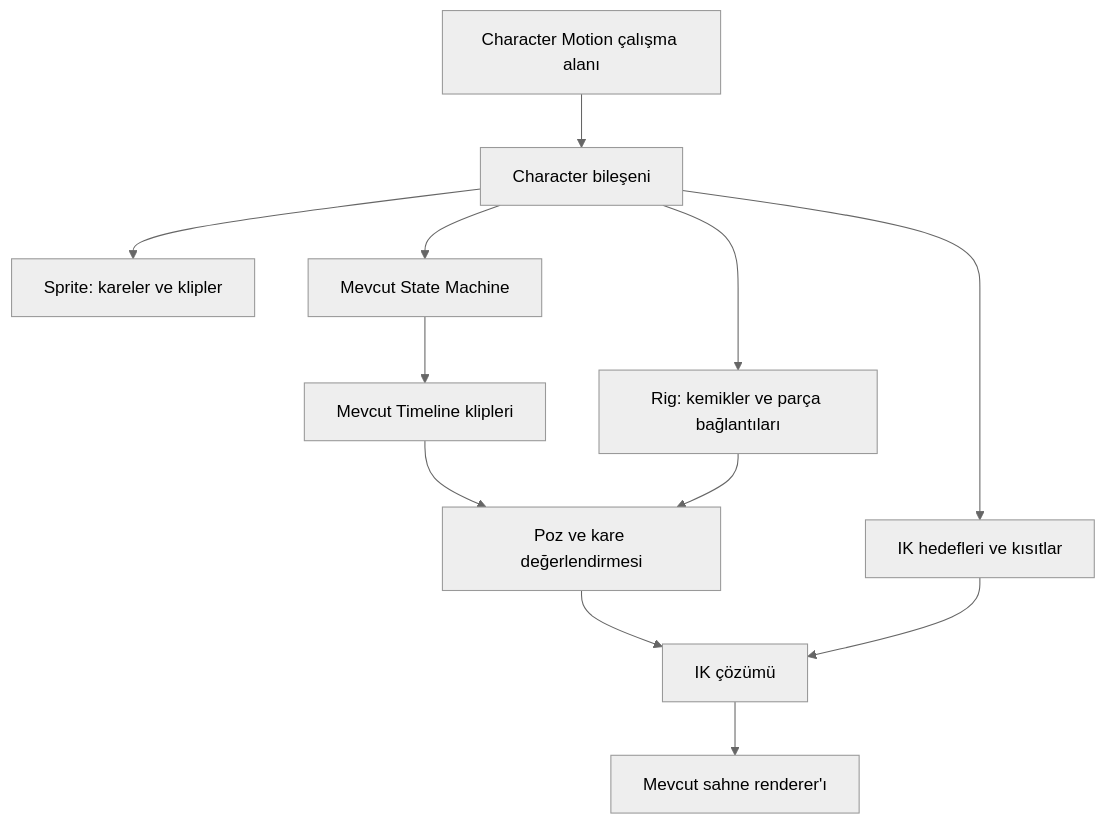
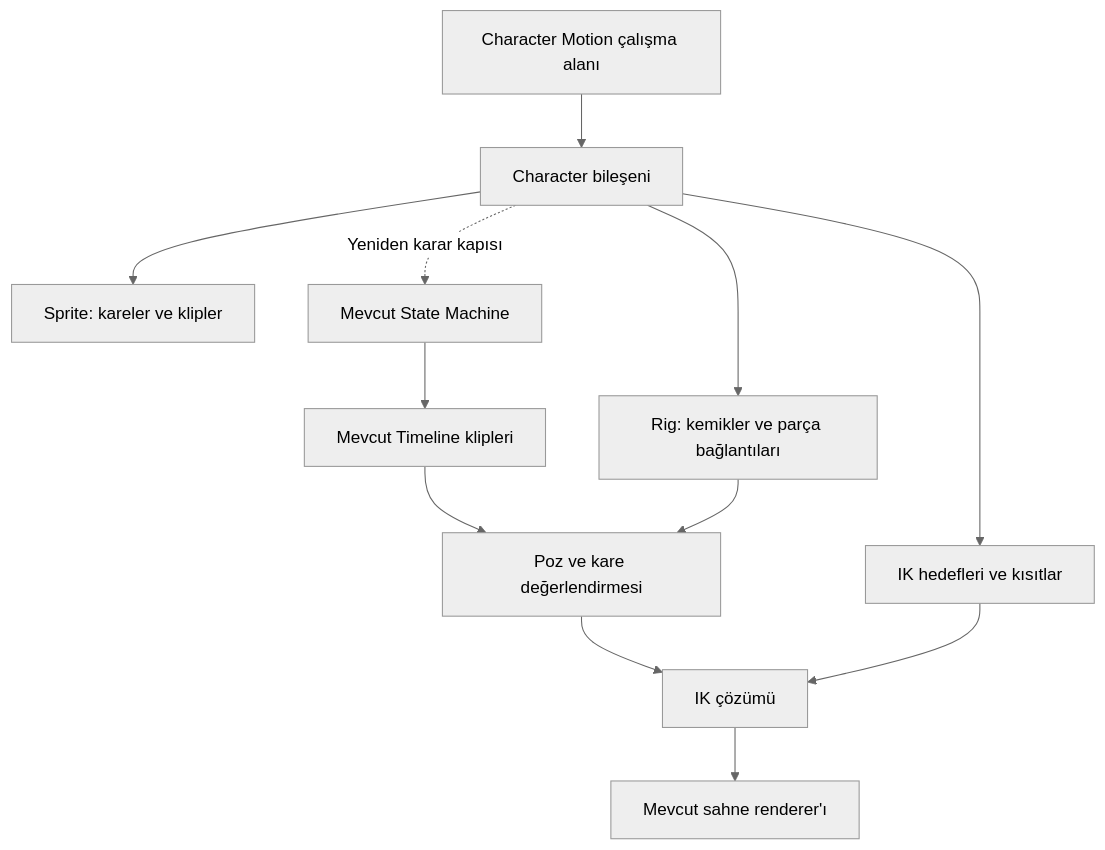
One commit to codie1982/chorono-editor changed the diagram in docs/tr/character-motion-plan.md. Above: the diagram before and after it, drawn with Mermaid (neutral theme). The commit also changed other lines of this file and 21 other files, not shown here.

Commit message:
docs(planning): separate product mode roadmaps

````diff
--- a/docs/tr/character-motion-plan.md
+++ b/docs/tr/character-motion-plan.md
@@ -11,14 +20,14 @@
 ```mermaid
 flowchart TD
     W[Character Motion çalışma alanı] --> C[Character bileşeni]
     C --> R[Rig: kemikler ve parça bağlantıları]
     C --> S[Sprite: kareler ve klipler]
     C --> K[IK hedefleri ve kısıtlar]
-    C --> M[Mevcut State Machine]
+    C -. Yeniden karar kapısı .-> M[Mevcut State Machine]
     M --> T[Mevcut Timeline klipleri]
     T --> P[Poz ve kare değerlendirmesi]
     R --> P
     P --> I[IK çözümü]
     K --> I
     I --> V[Mevcut sahne renderer'ı]
 ```
````
